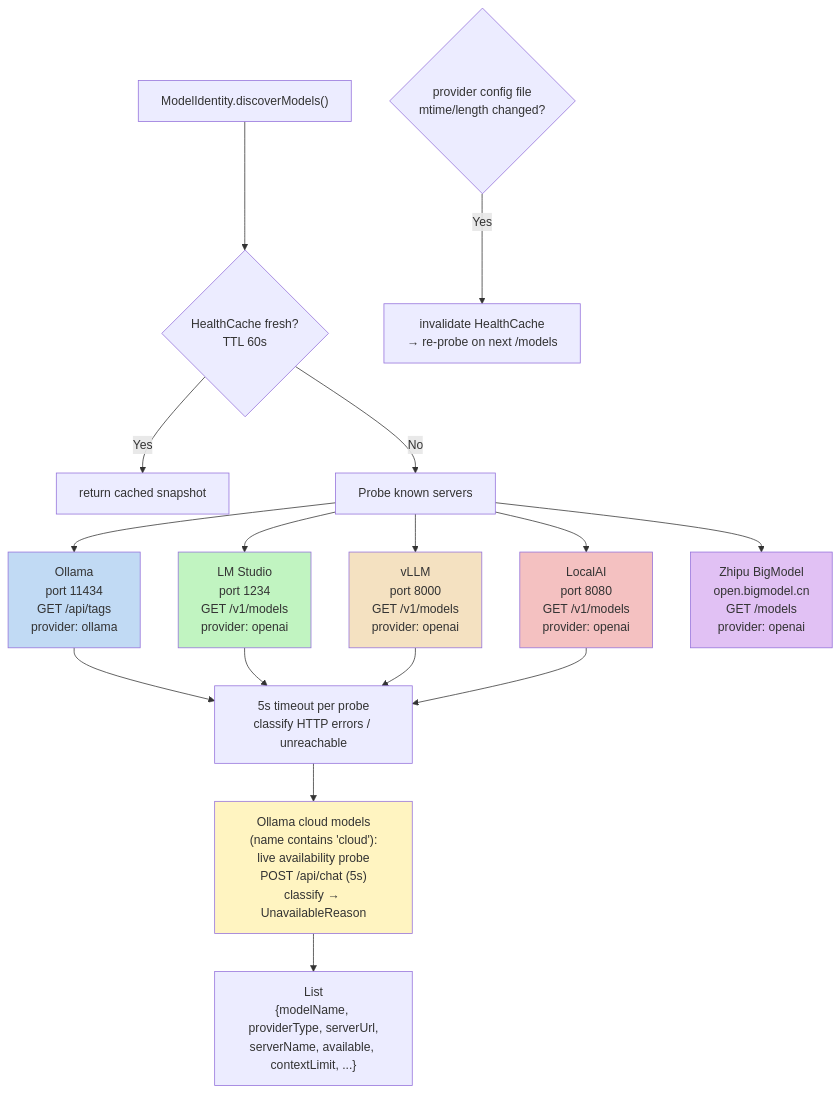
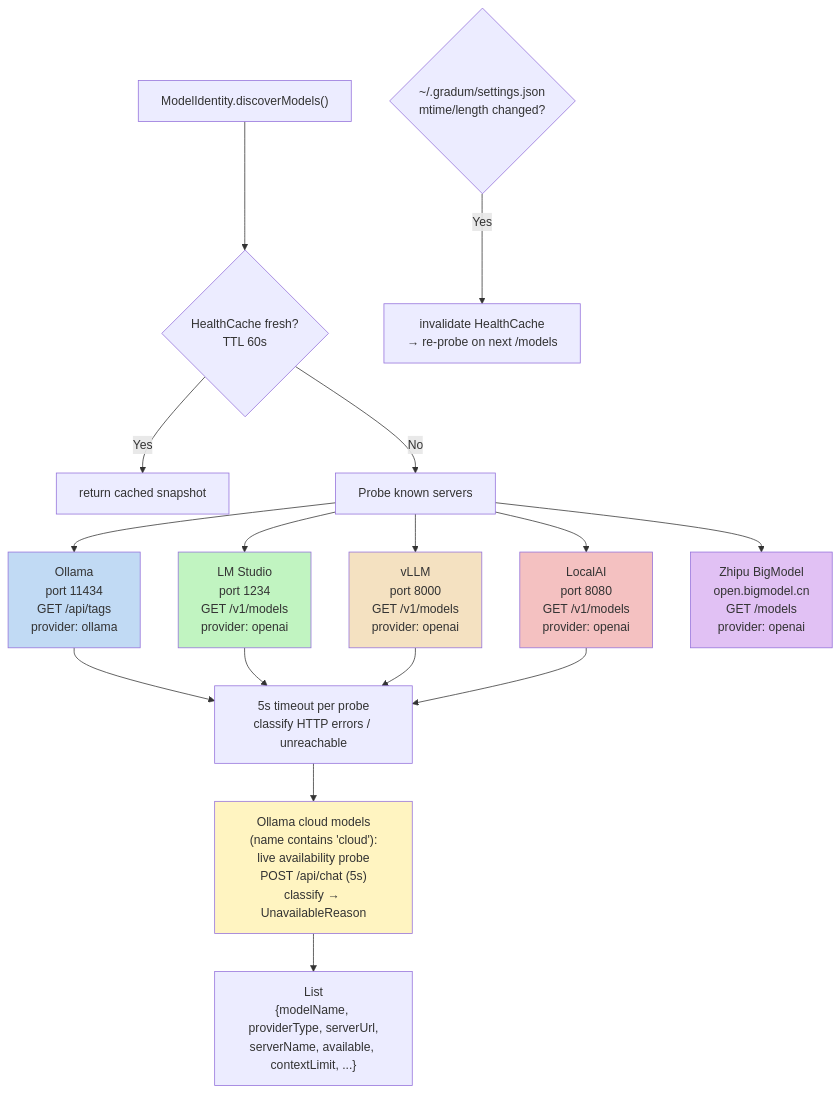
The tenth of 29 diagrams in docs/ARCHITECTURE.md (lg841226/Gradum), drawn with Mermaid before and after one commit. The commit also changed other lines of this file and 7 other files, not shown here.

Commit message:
refactor: fold provider config into settings.json and drop provider.env

````diff
--- a/docs/ARCHITECTURE.md
+++ b/docs/ARCHITECTURE.md
@@ -776,27 +776,27 @@
 ```mermaid
 flowchart TD
     START["ModelIdentity.discoverModels()"] --> CACHE{HealthCache fresh?<br/>TTL 60s}
     CACHE -- Yes --> CACHED["return cached snapshot"]
     CACHE -- No --> PROBE[Probe known servers]
     PROBE --> P1[Ollama<br/>port 11434<br/>GET /api/tags<br/>provider: ollama]
     PROBE --> P2[LM Studio<br/>port 1234<br/>GET /v1/models<br/>provider: openai]
     PROBE --> P3[vLLM<br/>port 8000<br/>GET /v1/models<br/>provider: openai]
     PROBE --> P4[LocalAI<br/>port 8080<br/>GET /v1/models<br/>provider: openai]
     PROBE --> P5["Zhipu BigModel<br/>open.bigmodel.cn<br/>GET /models<br/>provider: openai"]
     P1 --> R1["5s timeout per probe<br/>classify HTTP errors / unreachable"]
     P2 --> R1
     P3 --> R1
     P4 --> R1
 
     R1 --> CLOUD["Ollama cloud models<br/>(name contains 'cloud'):<br/>live availability probe<br/>POST /api/chat (5s)<br/>classify → UnavailableReason"]
     CLOUD --> RESULT["List<ModelEntry><br/>{modelName, providerType, serverUrl,<br/>serverName, available, contextLimit, ...}"]
 
-    PROBE_CONFIG{"provider config file<br/>mtime/length changed?"}
+    PROBE_CONFIG{"~/.gradum/settings.json<br/>mtime/length changed?"}
     PROBE_CONFIG -- Yes --> CACHE_IVAL["invalidate HealthCache<br/>→ re-probe on next /models"]
     style P1 fill: #c1daf4
     style P2 fill: #c1f4c1
     style P3 fill: #f4e1c1
     style P4 fill: #f4c1c1
     style P5 fill: #e1c1f4
     style CLOUD fill: #fff4c1
 ```
````
